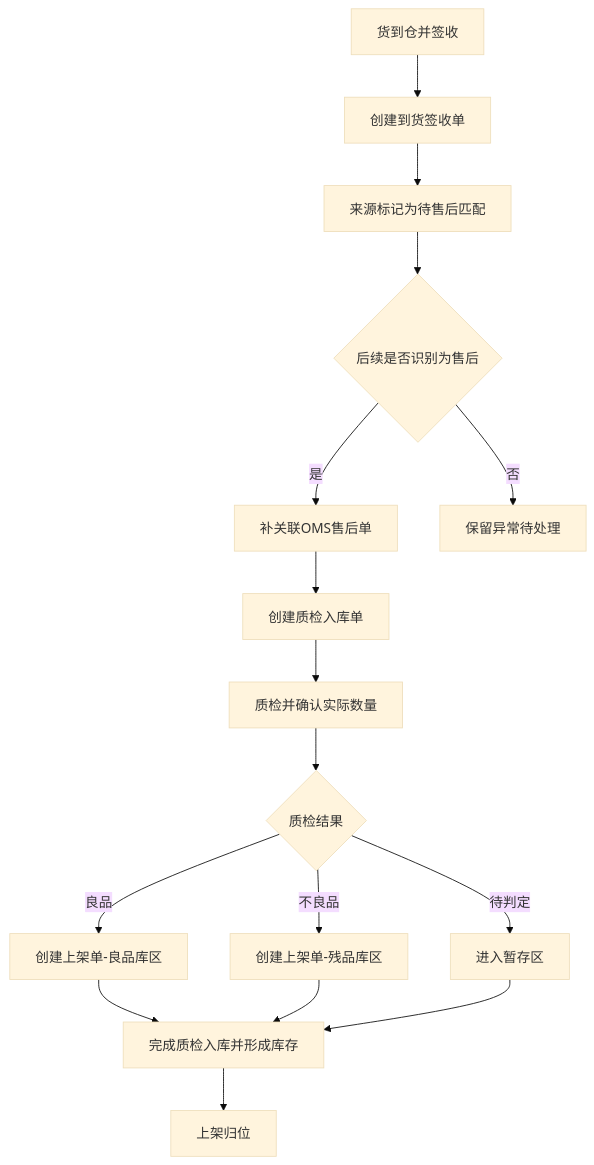
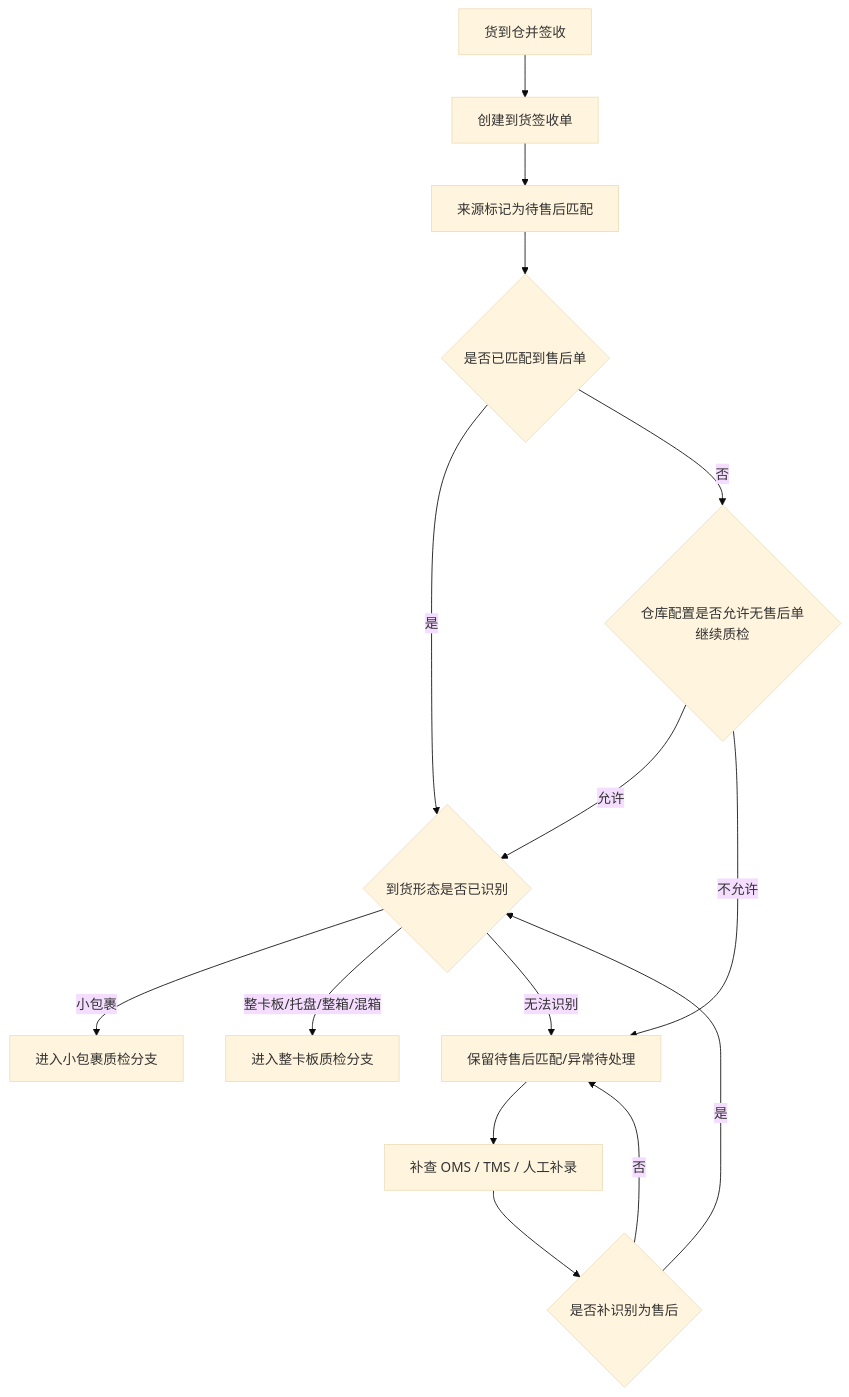
One commit to ChenXiang1988/Supply-Chain-Knowledge-Repository- changed the first of 4 diagrams in example/xzy/03Warehouse Management System/00Requirements/After-sales Receipt Requirements.md. Above: the diagram before and after it, drawn with Mermaid (base theme). The commit also changed other lines of this file and 73 other files, not shown here.

````diff
--- a/example/xzy/03Warehouse Management System/00Requirements/After-sales Receipt Requirements.md
+++ b/example/xzy/03Warehouse Management System/00Requirements/After-sales Receipt Requirements.md
@@ -161,18 +196,17 @@
 ```mermaid
 flowchart TD
     A[货到仓并签收] --> B[创建到货签收单]
     B --> C[来源标记为待售后匹配]
-    C --> D{后续是否识别为售后}
-    D -- 是 --> E[补关联OMS售后单]
-    D -- 否 --> F[保留异常待处理]
-    E --> G[创建质检入库单]
-    G --> H[质检并确认实际数量]
-    H --> I{质检结果}
-    I -- 良品 --> J[创建上架单-良品库区]
-    I -- 不良品 --> K[创建上架单-残品库区]
-    I -- 待判定 --> L[进入暂存区]
-    J --> M[完成质检入库并形成库存]
-    K --> M
-    L --> M
-    M --> N[上架归位]
+    C --> D{是否已匹配到售后单}
+    D -- 是 --> F{到货形态是否已识别}
+    D -- 否 --> E{仓库配置是否允许无售后单继续质检}
+    E -- 允许 --> F
+    E -- 不允许 --> G[保留待售后匹配/异常待处理]
+    G --> H[补查 OMS / TMS / 人工补录]
+    H --> I{是否补识别为售后}
+    I -- 是 --> F
+    I -- 否 --> G
+    F -- 小包裹 --> J[进入小包裹质检分支]
+    F -- 整卡板/托盘/整箱/混箱 --> K[进入整卡板质检分支]
+    F -- 无法识别 --> G
 ```
````
